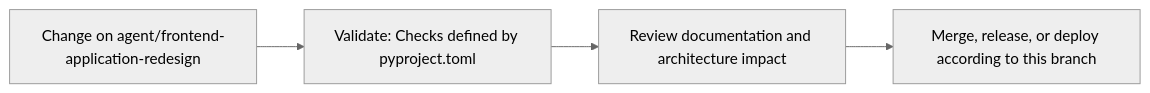
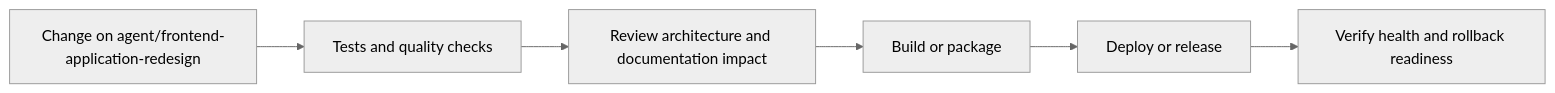
The seventh of 8 diagrams in README.md (Nischhalsubba/HajiriFlow), drawn with Mermaid (neutral theme) before and after one commit. The commit also changed other lines of this file, not shown here.

````diff
--- a/README.md
+++ b/README.md
@@ -67,8 +198,8 @@
 ```mermaid
 flowchart LR
-    CHANGE["Change on agent/frontend-application-redesign"]
-    CHECK["Validate: Checks defined by pyproject.toml"]
-    REVIEW["Review documentation and architecture impact"]
-    RELEASE["Merge, release, or deploy according to this branch"]
-    CHANGE --> CHECK --> REVIEW --> RELEASE
+    CHANGE["Change on agent/frontend-application-redesign"] --> CHECK["Tests and quality checks"]
+    CHECK --> REVIEW["Review architecture and documentation impact"]
+    REVIEW --> BUILD["Build or package"]
+    BUILD --> DEPLOY["Deploy or release"]
+    DEPLOY --> VERIFY["Verify health and rollback readiness"]
 ```
````
